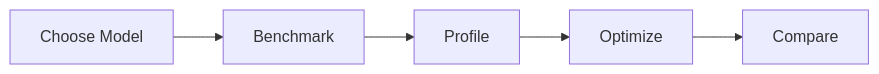
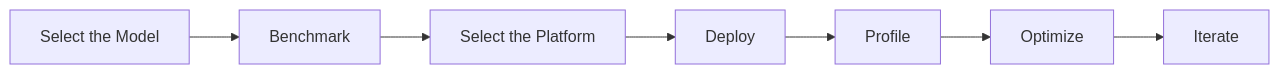
One commit to afondiel/Edge-AI-Model-Zoo changed the diagram in model-bench-guide.md. Above: the diagram before and after it, drawn with Mermaid. The commit also changed other lines of this file and 2 other files, not shown here.

````diff
--- a/model-bench-guide.md
+++ b/model-bench-guide.md
@@ -16,7 +19,9 @@
 ```mermaid
    graph LR
-       A[Choose Model] --> B[Benchmark]
-       B --> C[Profile]
-       C --> D[Optimize]
-       D --> E[Compare]
+       A[Select the Model]-->B[Benchmark]
+       B-->C[Select the Platform]
+       C-->D[Deploy]
+       D-->E[Profile]
+       E-->F[Optimize]
+       F-->G[Iterate]
 ```
````
